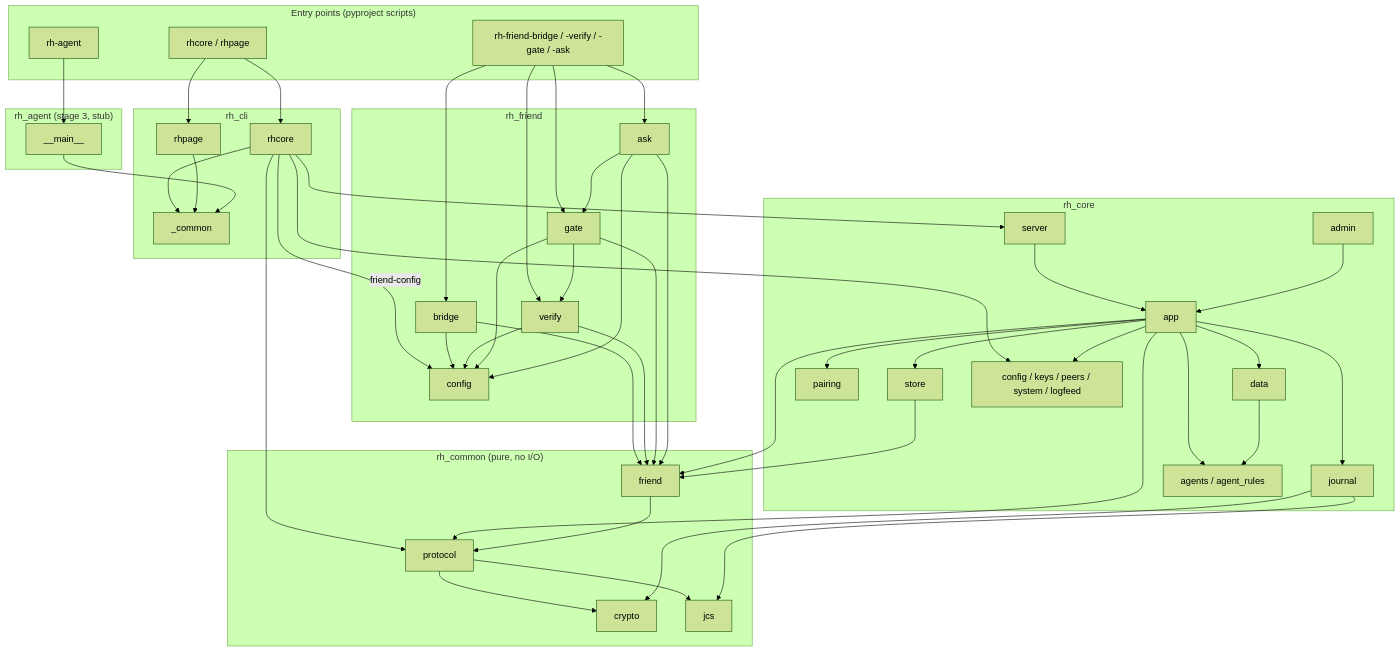
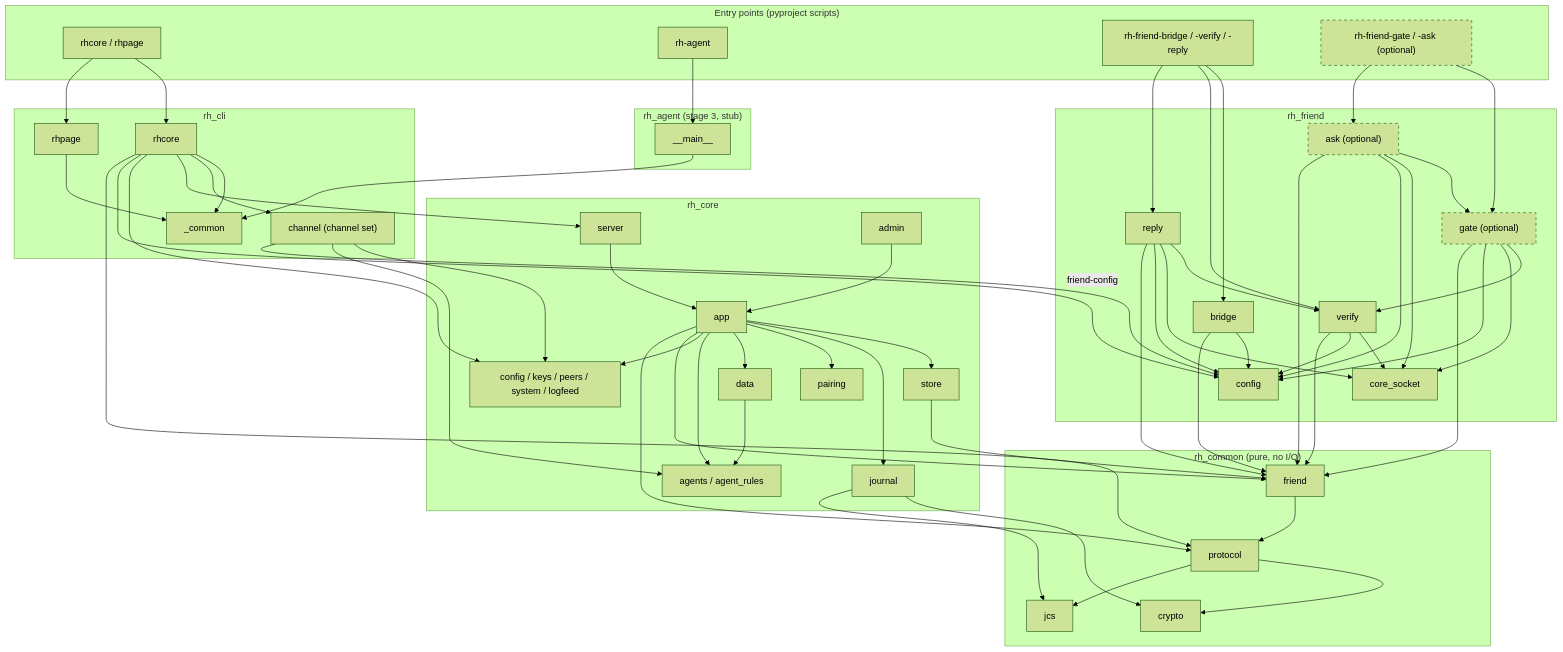
Before and after one commit to ilyxas/RHServer: the diagram in docs/charts/packages.md, drawn with Mermaid (forest theme). The commit also changed other lines of this file and 6 other files, not shown here.

First line of the commit message:
docs/charts: update UML for the simple channel

````diff
--- a/docs/charts/packages.md
+++ b/docs/charts/packages.md
@@ -7,11 +8,13 @@
     subgraph entry["Entry points (pyproject scripts)"]
         rhcore_bin["rhcore / rhpage"]
         agent_bin["rh-agent"]
-        friend_bin["rh-friend-bridge / -verify / -gate / -ask"]
+        friend_bin["rh-friend-bridge / -verify / -reply"]
+        legacy_bin["rh-friend-gate / -ask (optional)"]
     end
 
     subgraph rh_cli["rh_cli"]
         cli_rhcore["rhcore"]
+        cli_channel["channel (channel set)"]
         cli_rhpage["rhpage"]
         cli_common["_common"]
     end
@@ -35,9 +38,11 @@
     subgraph rh_friend["rh_friend"]
         fr_bridge["bridge"]
         fr_verify["verify"]
-        fr_gate["gate"]
-        fr_ask["ask"]
+        fr_reply["reply"]
+        fr_socket["core_socket"]
         fr_config["config"]
+        fr_gate["gate (optional)"]
+        fr_ask["ask (optional)"]
     end
 
     subgraph rh_common["rh_common (pure, no I/O)"]
@@ -49,14 +54,16 @@
 
     rhcore_bin --> cli_rhcore & cli_rhpage
     agent_bin --> agent_main
-    friend_bin --> fr_bridge & fr_verify & fr_gate & fr_ask
+    friend_bin --> fr_bridge & fr_verify & fr_reply
+    legacy_bin --> fr_gate & fr_ask
 
-    cli_rhcore --> cli_common
+    cli_rhcore --> cli_common & cli_channel
     cli_rhpage --> cli_common
     agent_main --> cli_common
     cli_rhcore --> core_server & core_misc
     cli_rhcore -->|friend-config| fr_config
     cli_rhcore --> c_protocol
+    cli_channel --> core_misc & core_agents & fr_config
 
     core_server --> core_app
     core_admin --> core_app
@@ -65,12 +72,17 @@
     core_store --> c_friend
     core_data --> core_agents
 
-    fr_gate --> fr_verify
-    fr_ask --> fr_gate
-    fr_bridge & fr_verify & fr_gate & fr_ask --> fr_config
-    fr_bridge & fr_verify & fr_gate & fr_ask --> c_friend
+    fr_reply --> fr_verify
+    fr_verify & fr_reply --> fr_socket
+    fr_gate --> fr_verify & fr_socket
+    fr_ask --> fr_gate & fr_socket
+    fr_bridge & fr_verify & fr_reply & fr_gate & fr_ask --> fr_config
+    fr_bridge & fr_verify & fr_reply & fr_gate & fr_ask --> c_friend
 
     c_friend --> c_protocol
     c_protocol --> c_crypto & c_jcs
     core_journal --> c_crypto & c_jcs
+
+    classDef optional stroke-dasharray: 5 5
+    class legacy_bin,fr_gate,fr_ask optional
 ```
````
